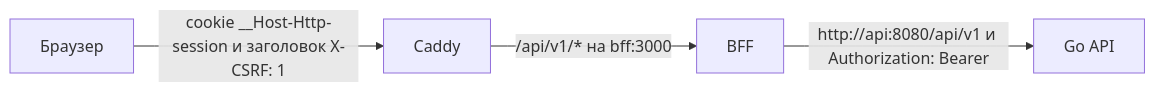
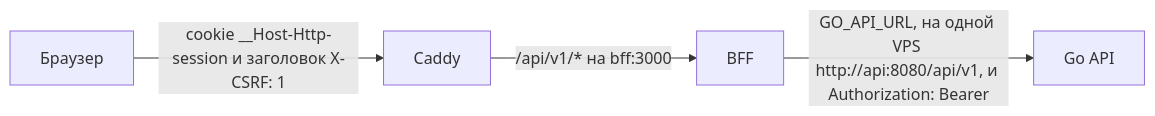
The second of 3 diagrams in site/bff/index.md (Cringe-Driven-Development-Team/docs), drawn with Mermaid before and after one commit. The commit also changed other lines of this file and 3 other files, not shown here.

````diff
--- a/site/bff/index.md
+++ b/site/bff/index.md
@@ -25,6 +25,6 @@
 ```mermaid
 flowchart LR
     B["Браузер"] -->|"cookie __Host-Http-session и заголовок X-CSRF: 1"| C["Caddy"]
     C -->|"/api/v1/* на bff:3000"| P["BFF"]
-    P -->|"http://api:8080/api/v1 и Authorization: Bearer"| A["Go API"]
+    P -->|"GO_API_URL, на одной VPS http://api:8080/api/v1, и Authorization: Bearer"| A["Go API"]
 ```
````
